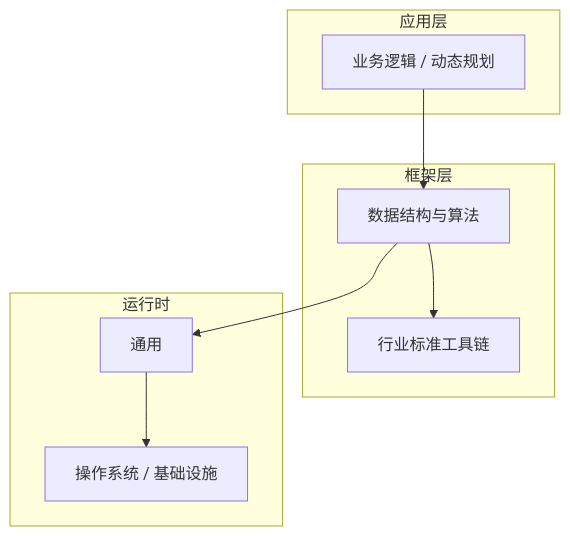
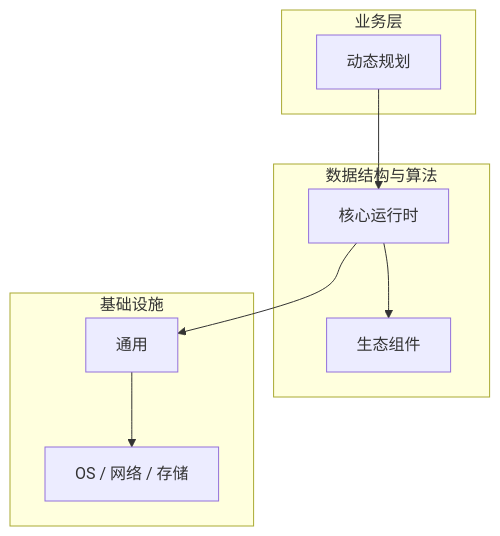
The diagram in articles/数据结构与算法/chapters/137-动态规划核心概念与原理.md (yanggan2015/knowledge-json-v2), drawn with Mermaid before and after one commit. The commit also changed other lines of this file and 10127 other files, not shown here.

````diff
--- a/articles/数据结构与算法/chapters/137-动态规划核心概念与原理.md
+++ b/articles/数据结构与算法/chapters/137-动态规划核心概念与原理.md
@@ -45,18 +30,18 @@
 ```mermaid
 graph TB
-    subgraph 应用层
-        A[业务逻辑 / 动态规划]
+    subgraph 业务层
+        A[动态规划]
     end
-    subgraph 框架层
-        B[数据结构与算法]
-        C[行业标准工具链]
+    subgraph 数据结构与算法
+        B[核心运行时]
+        C[生态组件]
     end
-    subgraph 运行时
+    subgraph 基础设施
         D[通用]
-        E[操作系统 / 基础设施]
+        E[OS / 网络 / 存储]
     end
     A --> B
     B --> C
     B --> D
     D --> E
 ```
````
